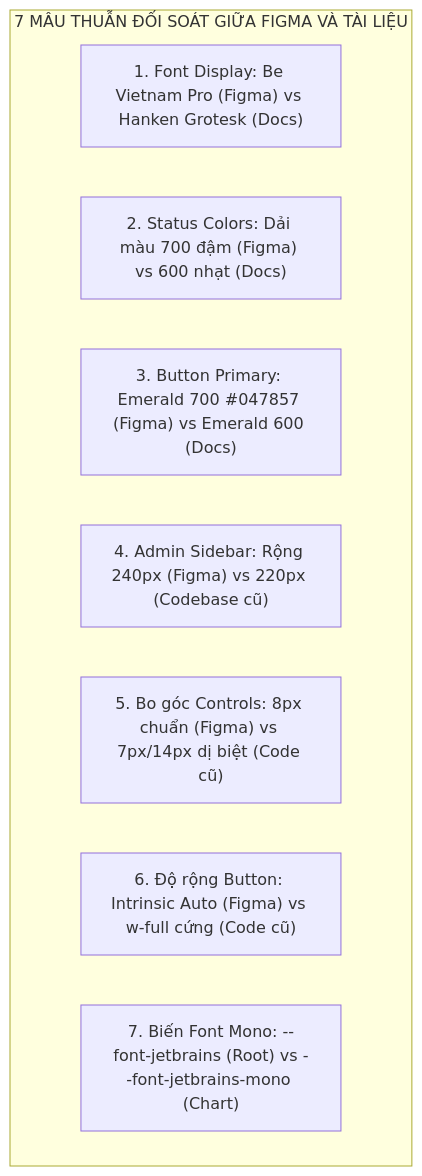
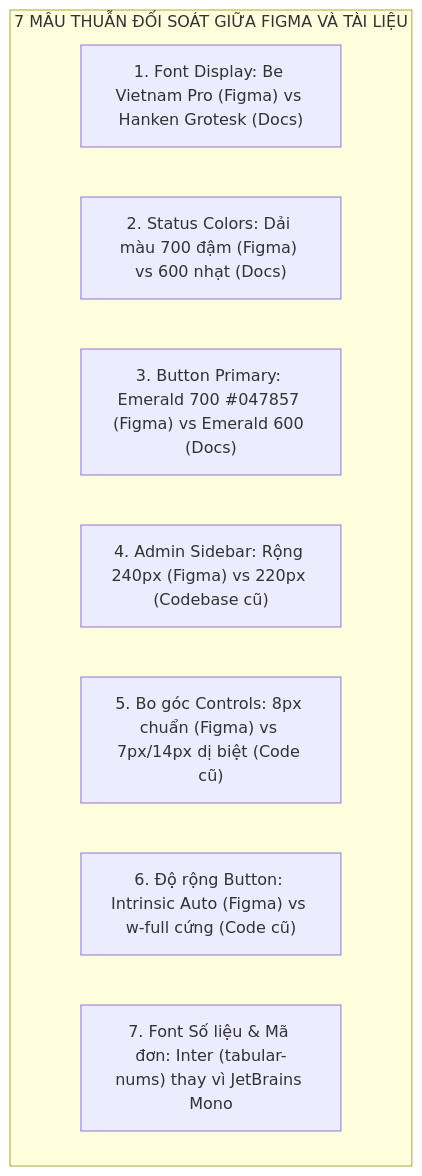
One commit to BOI0808/shuttle-vn-frontend changed the diagram in docs/ui-redesign/DESIGN_SYSTEM.md. Above: the diagram before and after it, drawn with Mermaid. The commit also changed other lines of this file, not shown here.

````diff
--- a/docs/ui-redesign/DESIGN_SYSTEM.md
+++ b/docs/ui-redesign/DESIGN_SYSTEM.md
@@ -624,12 +621,12 @@
 ```mermaid
 graph TD
     subgraph Discrepancies["7 MÂU THUẪN ĐỐI SOÁT GIỮA FIGMA VÀ TÀI LIỆU"]
         D1["1. Font Display: Be Vietnam Pro (Figma) vs Hanken Grotesk (Docs)"]
         D2["2. Status Colors: Dải màu 700 đậm (Figma) vs 600 nhạt (Docs)"]
         D3["3. Button Primary: Emerald 700 #047857 (Figma) vs Emerald 600 (Docs)"]
         D4["4. Admin Sidebar: Rộng 240px (Figma) vs 220px (Codebase cũ)"]
         D5["5. Bo góc Controls: 8px chuẩn (Figma) vs 7px/14px dị biệt (Code cũ)"]
         D6["6. Độ rộng Button: Intrinsic Auto (Figma) vs w-full cứng (Code cũ)"]
-        D7["7. Biến Font Mono: --font-jetbrains (Root) vs --font-jetbrains-mono (Chart)"]
+        D7["7. Font Số liệu & Mã đơn: Inter (tabular-nums) thay vì JetBrains Mono"]
     end
 ```
````
